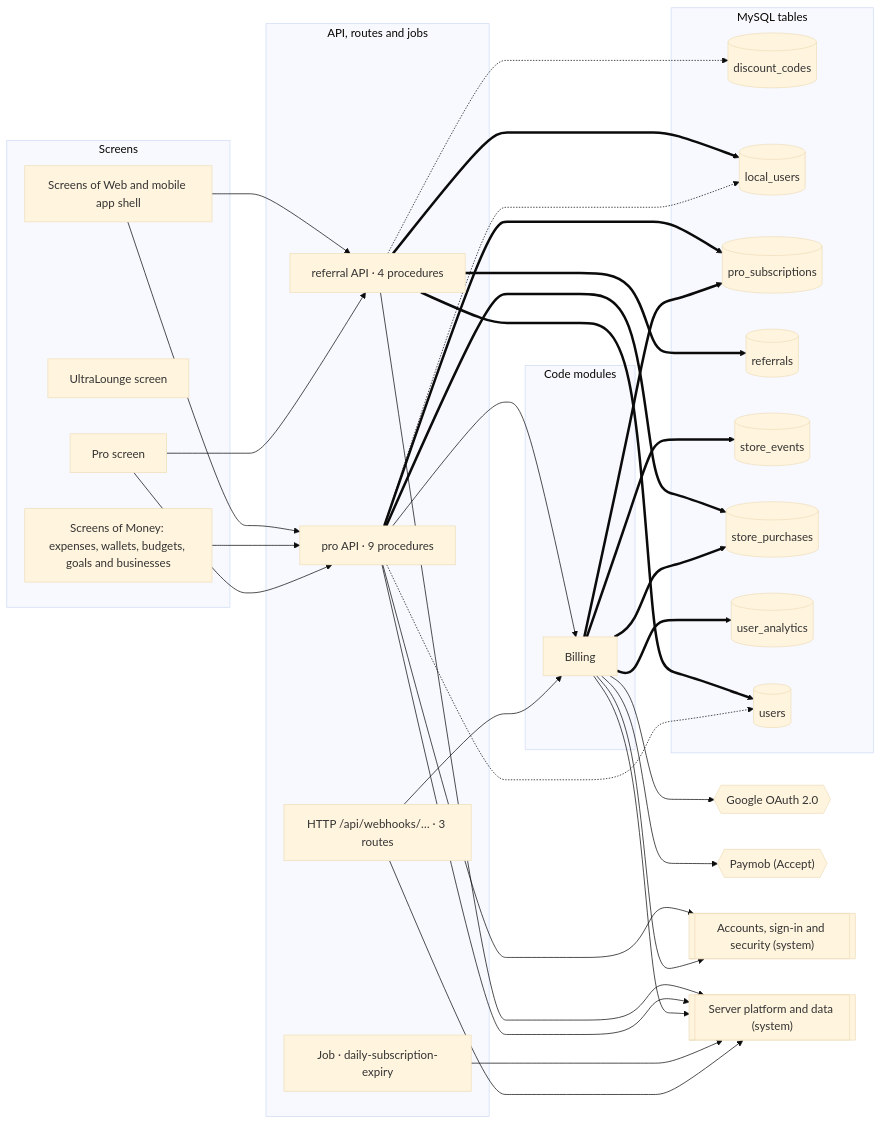
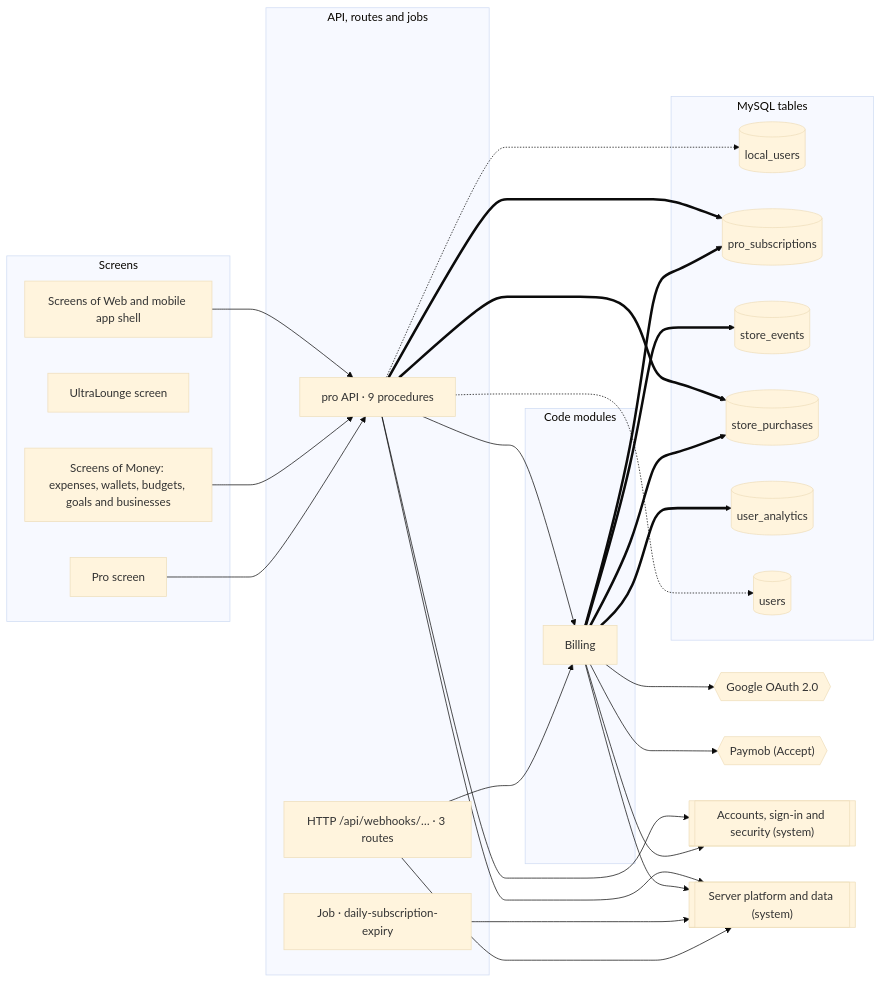
The first of 2 diagrams in docs/atlas/systems/billing.md (mahmoudtaherr111/smartspend_mini_all), drawn with Mermaid (base theme) before and after one commit. The commit also changed other lines of this file and 46 other files, not shown here.

First line of the commit message:
fix(billing): retire unusable discount and referral code flows

````diff
--- a/docs/atlas/systems/billing.md
+++ b/docs/atlas/systems/billing.md
@@ -13,60 +13,50 @@
 ```mermaid
 flowchart LR
   subgraph g_screens["Screens"]
     page_Pro["Pro screen"]
     page_UltraLounge["UltraLounge screen"]
     screens_money["Screens of Money: expenses, wallets, budgets, goals and businesses"]
     screens_web_app["Screens of Web and mobile app shell"]
   end
   subgraph g_api["API, routes and jobs"]
     http__api_webhooks["HTTP /api/webhooks/… · 3 routes"]
     job_daily_subscription_expiry["Job · daily-subscription-expiry"]
     router_pro["pro API · 9 procedures"]
-    router_referral["referral API · 4 procedures"]
   end
   subgraph g_modules["Code modules"]
     mod_billing["Billing"]
   end
   subgraph g_tables["MySQL tables"]
-    tbl_discount_codes[("discount_codes")]
     tbl_local_users[("local_users")]
     tbl_pro_subscriptions[("pro_subscriptions")]
-    tbl_referrals[("referrals")]
     tbl_store_events[("store_events")]
     tbl_store_purchases[("store_purchases")]
     tbl_user_analytics[("user_analytics")]
     tbl_users[("users")]
   end
   ext_google_oauth{{"Google OAuth 2.0"}}
   ext_paymob{{"Paymob (Accept)"}}
   sys_accounts[["Accounts, sign-in and security (system)"]]
   sys_platform[["Server platform and data (system)"]]
   http__api_webhooks --> mod_billing
   http__api_webhooks --> sys_platform
   job_daily_subscription_expiry --> sys_platform
   mod_billing --> ext_google_oauth
   mod_billing --> ext_paymob
   mod_billing --> sys_accounts
   mod_billing --> sys_platform
   mod_billing ==> tbl_pro_subscriptions
   mod_billing ==> tbl_store_events
   mod_billing ==> tbl_store_purchases
   mod_billing ==> tbl_user_analytics
   page_Pro --> router_pro
-  page_Pro --> router_referral
   router_pro --> mod_billing
   router_pro --> sys_accounts
   router_pro --> sys_platform
   router_pro -.-> tbl_local_users
   router_pro -.-> tbl_users
   router_pro ==> tbl_pro_subscriptions
   router_pro ==> tbl_store_purchases
-  router_referral --> sys_platform
-  router_referral -.-> tbl_discount_codes
-  router_referral ==> tbl_local_users
-  router_referral ==> tbl_referrals
-  router_referral ==> tbl_users
   screens_money --> router_pro
   screens_web_app --> router_pro
-  screens_web_app --> router_referral
 ```
````
